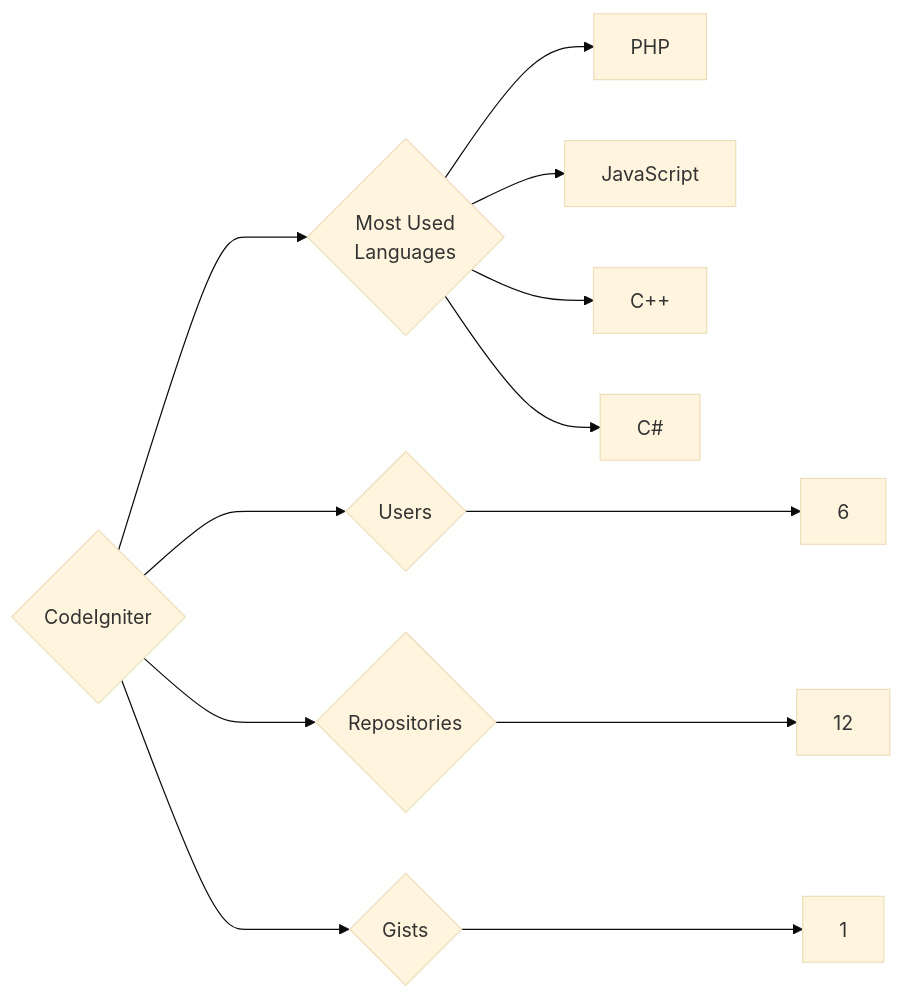
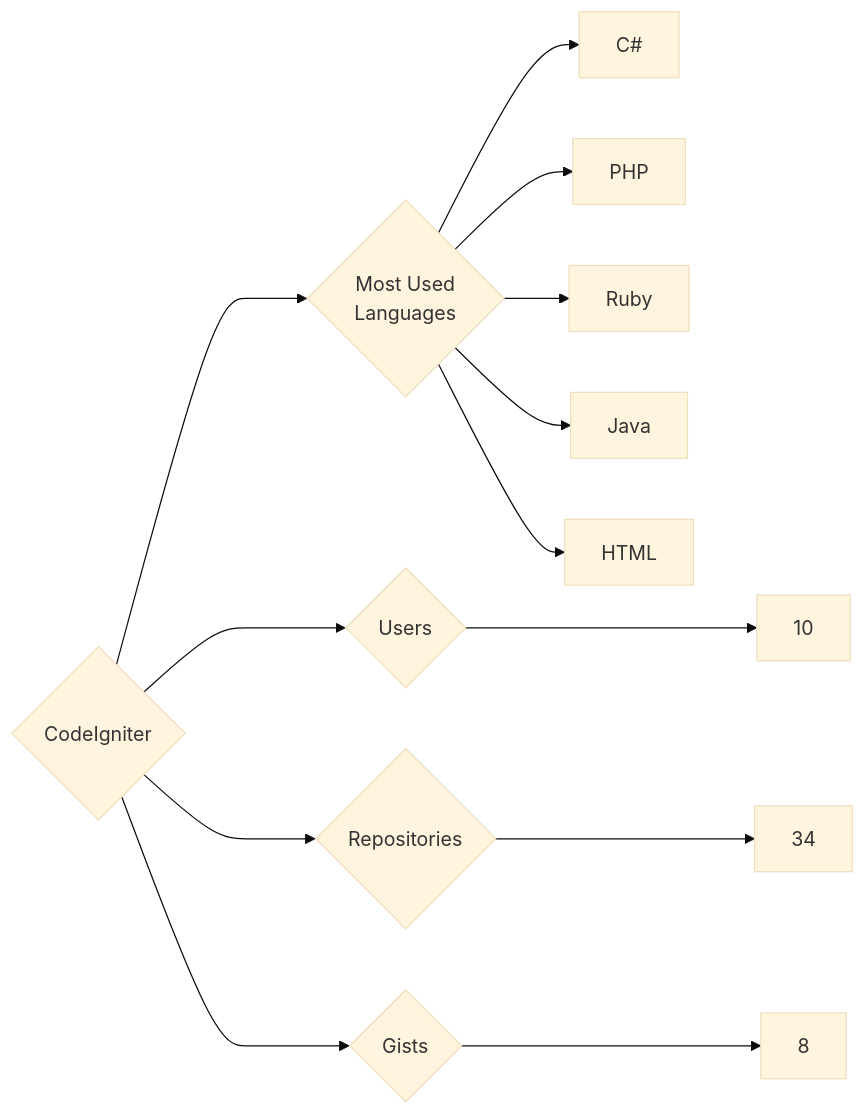
The diagram in targets/CodeIgniter/README.md (trickest/insiders), drawn with Mermaid (base theme) before and after one commit. The commit also changed 857 other files, not shown here.

````diff
--- a/targets/CodeIgniter/README.md
+++ b/targets/CodeIgniter/README.md
@@ -3,12 +3,13 @@
 ```mermaid
 graph LR
 COMPANY_NAME{CodeIgniter}
-COMPANY_NAME ---> U{Users} ---> UN[6]
-COMPANY_NAME ---> R{Repositories} ---> RN[12]
-COMPANY_NAME ---> G{Gists} ---> GN[1]
+COMPANY_NAME ---> U{Users} ---> UN[10]
+COMPANY_NAME ---> R{Repositories} ---> RN[34]
+COMPANY_NAME ---> G{Gists} ---> GN[8]
 COMPANY_NAME ---> ML{Most Used<br>Languages}
+ML --> C#[C#]
 ML --> PHP[PHP]
-ML --> JavaScript[JavaScript]
-ML --> C++[C++]
-ML --> C#[C#]
+ML --> Ruby[Ruby]
+ML --> Java[Java]
+ML --> HTML[HTML]
 ```
````
